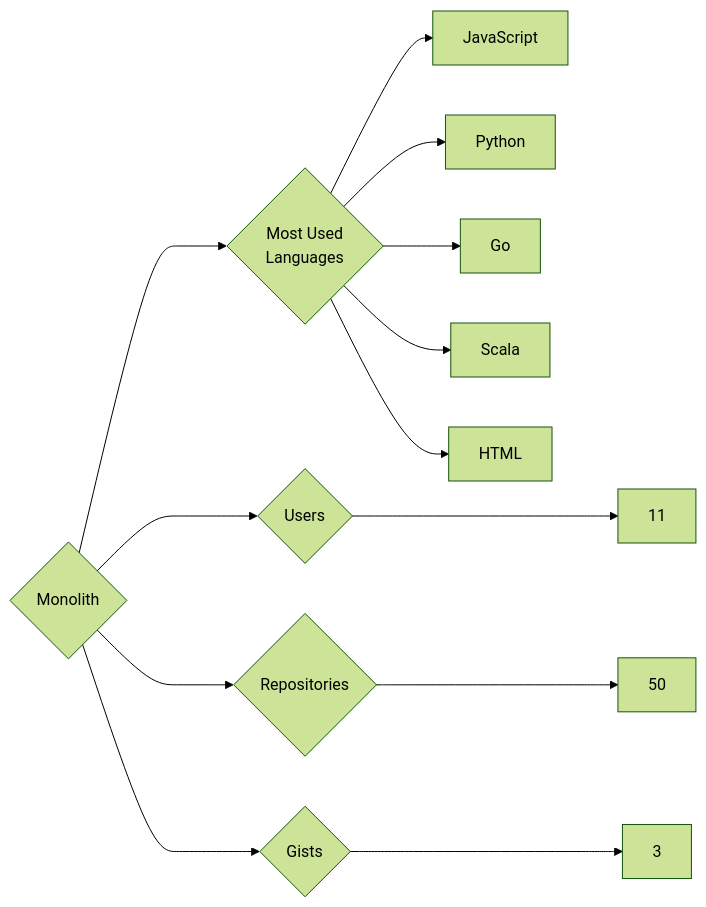
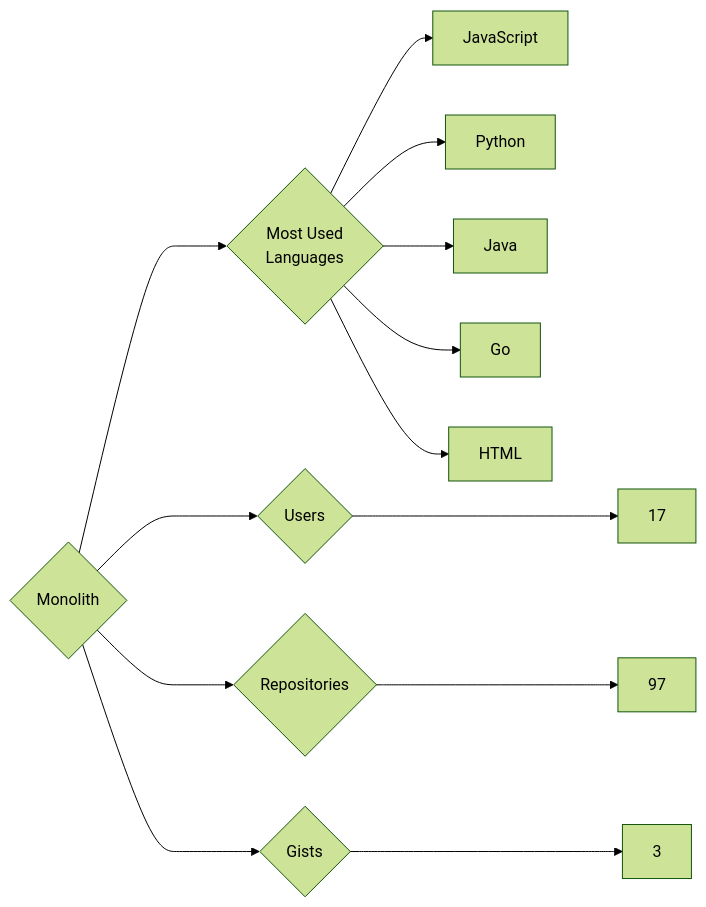
The diagram in targets/Monolith/README.md (trickest/insiders), drawn with Mermaid (forest theme) before and after one commit. The commit also changed 770 other files, not shown here.

````diff
--- a/targets/Monolith/README.md
+++ b/targets/Monolith/README.md
@@ -3,13 +3,13 @@
 ```mermaid
 graph LR
 COMPANY_NAME{Monolith}
-COMPANY_NAME ---> U{Users} ---> UN[11]
-COMPANY_NAME ---> R{Repositories} ---> RN[50]
+COMPANY_NAME ---> U{Users} ---> UN[17]
+COMPANY_NAME ---> R{Repositories} ---> RN[97]
 COMPANY_NAME ---> G{Gists} ---> GN[3]
 COMPANY_NAME ---> ML{Most Used<br>Languages}
 ML --> JavaScript[JavaScript]
 ML --> Python[Python]
+ML --> Java[Java]
 ML --> Go[Go]
-ML --> Scala[Scala]
 ML --> HTML[HTML]
 ```
````
